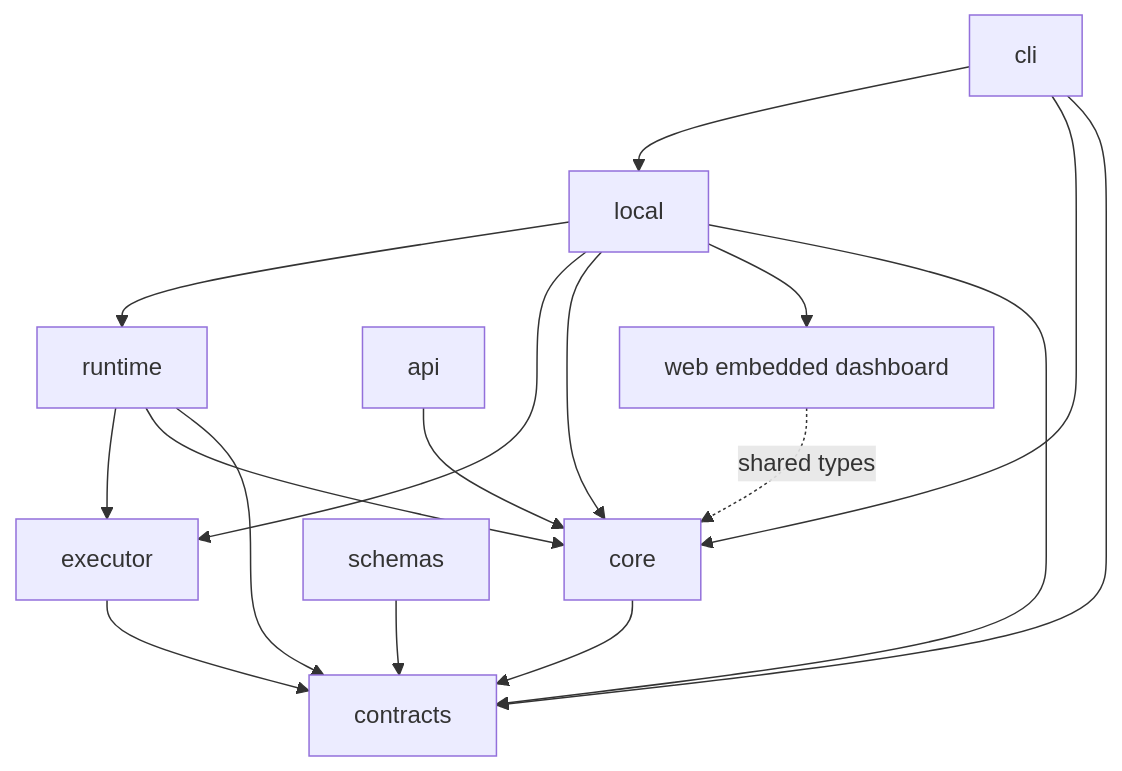
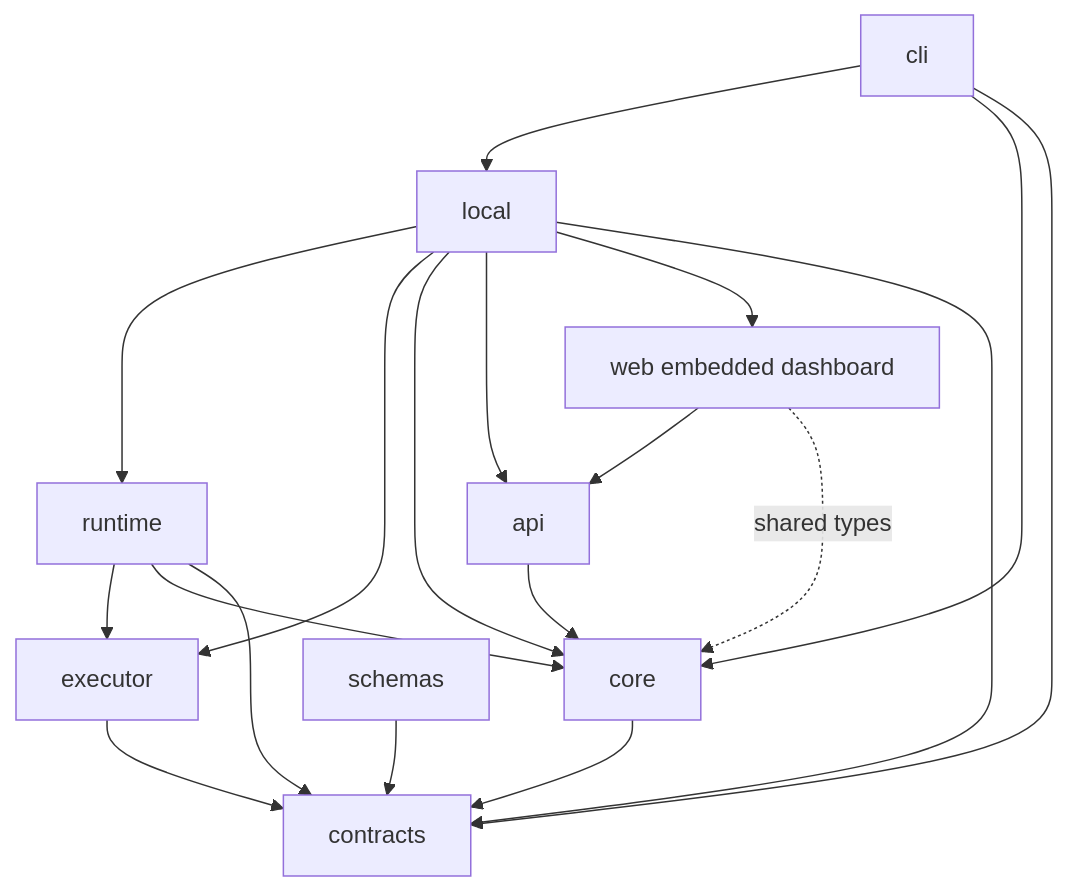
Before and after one commit to hatim-s/attest: the first of 2 diagrams in docs/ARCHITECTURE.md, drawn with Mermaid. The commit also changed other lines of this file, not shown here.

Commit message:
docs(web): describe the api client and bootstrap imports

````diff
--- a/docs/ARCHITECTURE.md
+++ b/docs/ARCHITECTURE.md
@@ -5,19 +5,21 @@
 ```mermaid
 graph TD
   CLI[cli] --> Local[local]
   Local --> Runtime[runtime]
   Local --> Executor
   Local --> Core[core]
-  Api[api] --> Core
+  Local --> Api[api]
+  Api --> Core
+  Web --> Api
   Local --> Web[web embedded dashboard]
   Runtime --> Executor[executor]
   Executor --> Contracts
   Runtime --> Core
   Core --> Contracts[contracts]
   Runtime --> Contracts
   Local --> Contracts
   CLI --> Core
   CLI --> Contracts
   Web -. shared types .-> Core
   Schemas[schemas] --> Contracts
 ```
````
